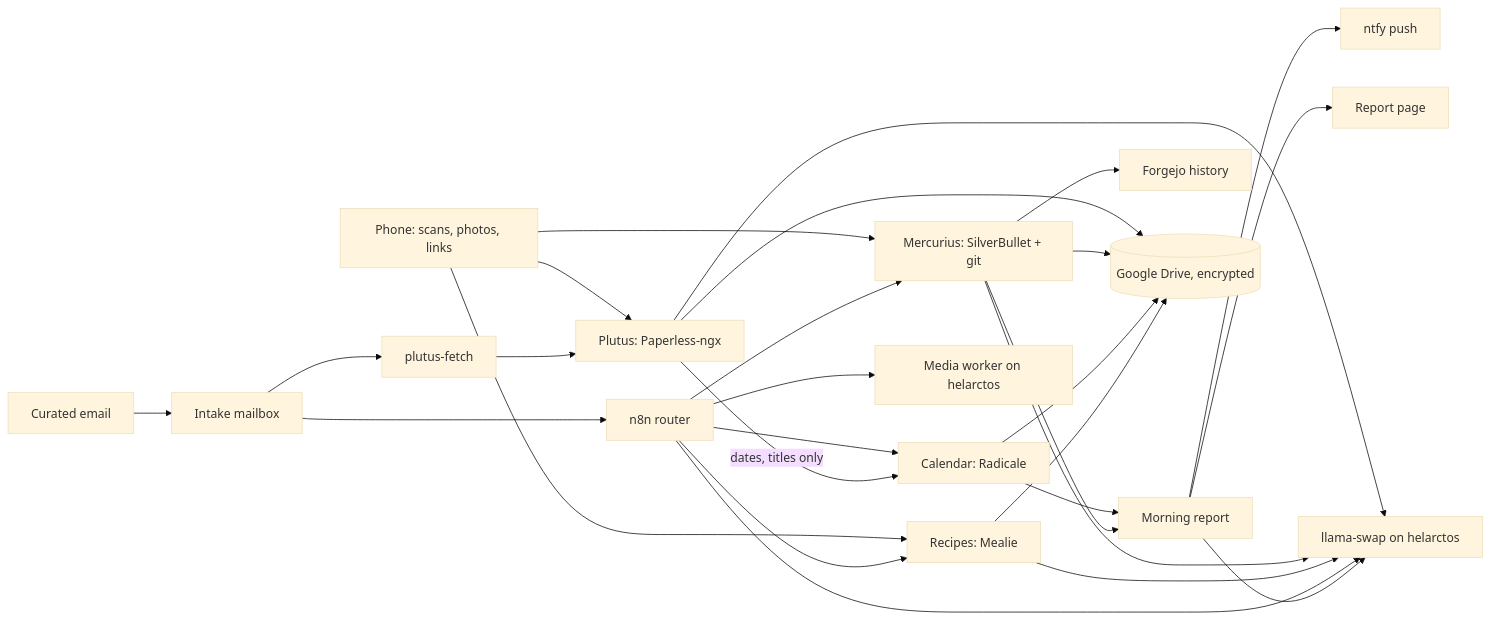
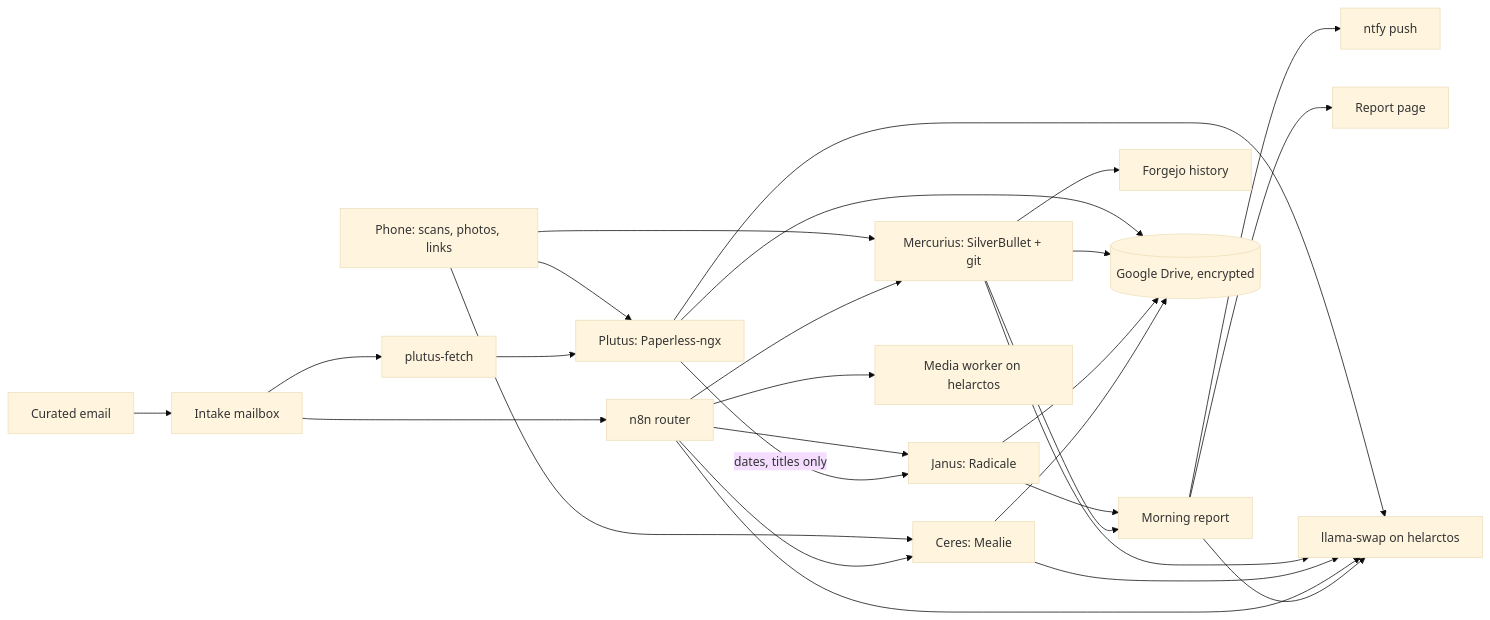
One commit to hsimah/the-loft changed the diagram in automation/plans/README.md. Above: the diagram before and after it, drawn with Mermaid (base theme). The commit also changed other lines of this file and 11 other files, not shown here.

First line of the commit message:
automation: name the calendar Janus and recipes Ceres

````diff
--- a/automation/plans/README.md
+++ b/automation/plans/README.md
@@ -25,18 +25,18 @@
 ```mermaid
 flowchart LR
   mail[Curated email] --> intake[Intake mailbox]
   phone[Phone: scans, photos, links] --> vault & recipes & wiki
   intake --> n8n[n8n router]
   intake --> fetch[plutus-fetch]
   fetch --> vault[Plutus: Paperless-ngx]
   n8n --> wiki[Mercurius: SilverBullet + git]
-  n8n --> cal[Calendar: Radicale]
-  n8n --> recipes[Recipes: Mealie]
+  n8n --> cal[Janus: Radicale]
+  n8n --> recipes[Ceres: Mealie]
   vault -- dates, titles only --> cal
   cal & wiki --> report[Morning report]
   report --> ntfy[ntfy push] & page[Report page]
   vault & wiki & recipes & n8n & report --> llm[llama-swap on helarctos]
   n8n --> worker[Media worker on helarctos]
   wiki --> forgejo[Forgejo history]
   vault & wiki & cal & recipes --> backup[(Google Drive, encrypted)]
 ```
````
